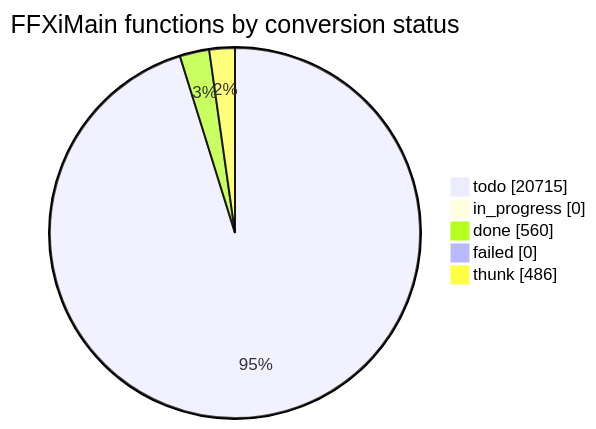
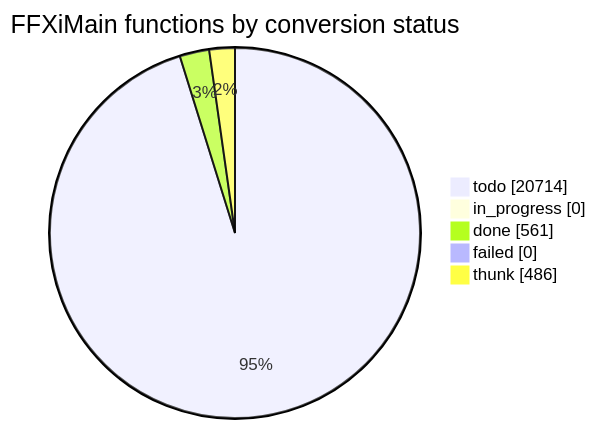
The diagram in docs/cow/STATUS.md (cowrevenge/cow_kuluu_xi_anything), drawn with Mermaid before and after one commit. The commit also changed other lines of this file and 9 other files, not shown here.

````diff
--- a/docs/cow/STATUS.md
+++ b/docs/cow/STATUS.md
@@ -18,9 +18,9 @@
 ```mermaid
 pie showData
     title FFXiMain functions by conversion status
-    "todo" : 20715
+    "todo" : 20714
     "in_progress" : 0
-    "done" : 560
+    "done" : 561
     "failed" : 0
     "thunk" : 486
 ```
````
